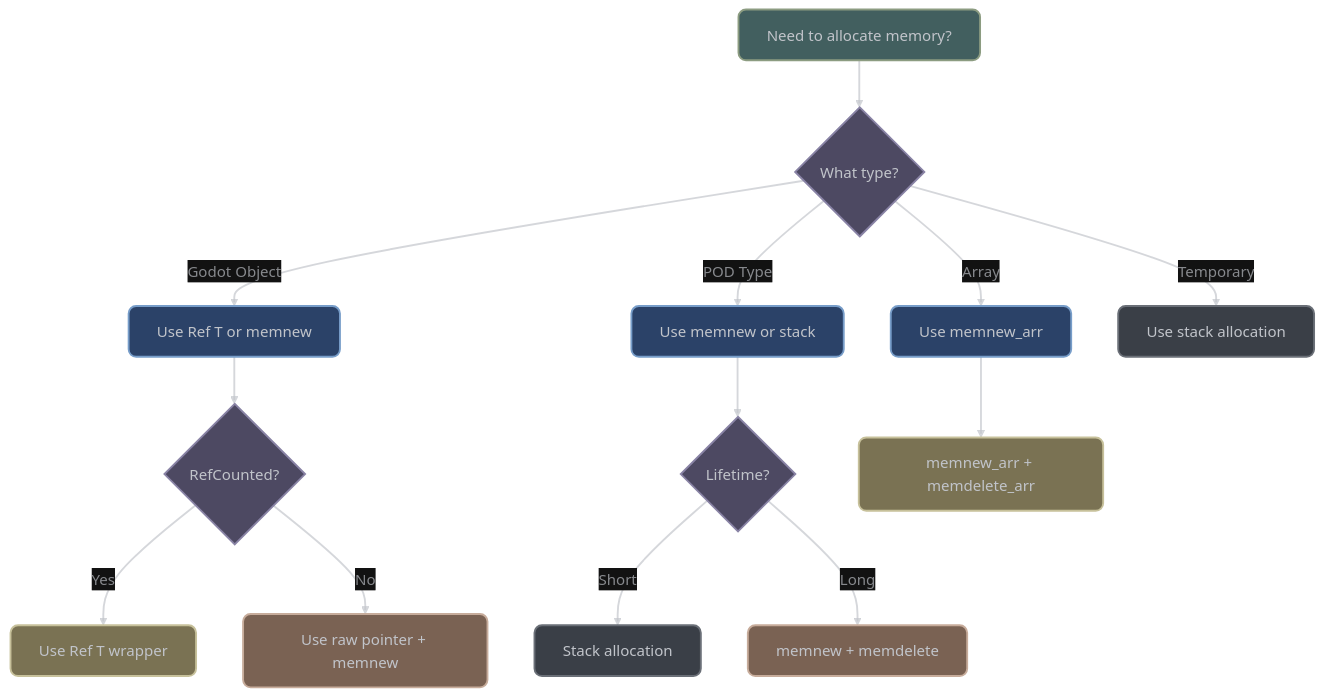
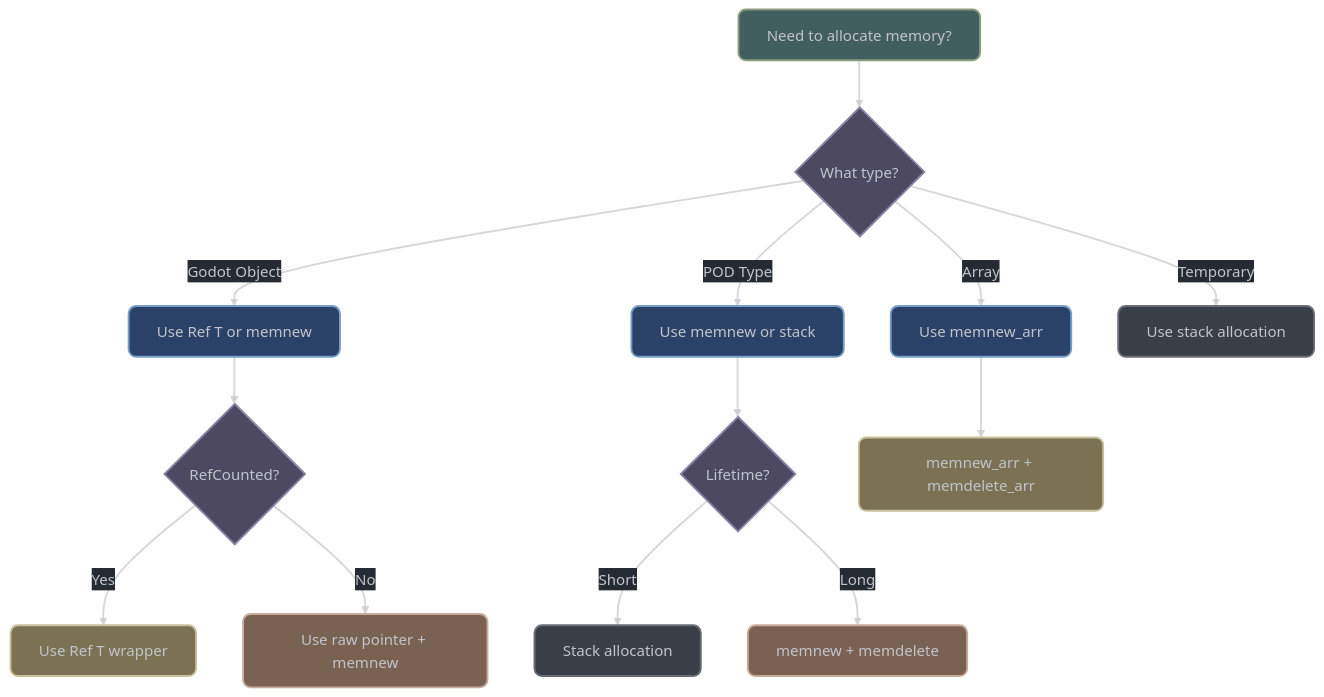
One commit to vorlac/gdextension-docs changed the diagram in docs/architecture/memory-model.md. Above: the diagram before and after it, drawn with Mermaid. The commit also changed 16 other files, not shown here.

````diff
--- a/docs/architecture/memory-model.md
+++ b/docs/architecture/memory-model.md
@@ -16,55 +16,72 @@
 ```mermaid
 ---
 config:
     theme: 'base'
     curve: 'straight'
     themeVariables:
         darkMode: true
         clusterBkg: '#22272f62'
         clusterBorder: '#6a6f77ff'
         clusterTextColor: '#6a6f77ff'
         lineColor: '#C1C4CAAA'
         background: '#262B33'
         primaryColor: '#2b4268ff'
         primaryTextColor: '#C1C4CAff'
         primaryBorderColor: '#6a6f77ff'
+        primaryLabelBkg: '#262B33'
+        secondaryColor: '#425f5fff'
+        secondaryBorderColor: '#8c9c81ff'
+        secondaryTextColor: '#C1C4CAff'
+        tertiaryColor: '#4d4962ff'
+        tertiaryBorderColor: '#8983a5ff'
+        tertiaryTextColor: '#eeeeee55'
         nodeTextColor: '#C1C4CA'
         defaultLinkColor: '#C1C4CA'
-        edgeLabelBackground: '#121212'
-        tertiaryTextColor: '#C1C4CA'
+        edgeLabelBackground: '#262B33'
+        edgeLabelBorderColor: '#C1C4CA'
+        labelTextColor: '#C1C4CA'
+        errorBkgColor: '#724848ff'
+        errorTextColor: '#C1C4CA'
         flowchart:
             curve: 'basis'
+            nodeSpacing: 50
+            rankSpacing: 50
+            subGraphTitleMargin:
+                top: 15
+                bottom: 15
+                left: 15
+                right: 15
 ---
 flowchart TD
     A[Need to allocate memory?] --> B{What type?}
     B --> |Godot Object| C[Use Ref T or memnew]
     B --> |POD Type| D[Use memnew or stack]
     B --> |Array| E[Use memnew_arr]
     B --> |Temporary| F[Use stack allocation]
 
     C --> G{RefCounted?}
     G --> |Yes| H[Use Ref T wrapper]
     G --> |No| I[Use raw pointer + memnew]
 
     D --> J{Lifetime?}
     J --> |Short| K[Stack allocation]
     J --> |Long| L[memnew + memdelete]
 
     E --> M[memnew_arr + memdelete_arr]
 
-    linkStyle default stroke:#C1C4CAaa,stroke-width:2px,color:#C1C4CAaa
+    linkStyle default stroke:#C1C4CAaa,stroke-width:2px,color:#C1C4CA
 
     style A fill:#425f5fff,stroke:#8c9c81ff,stroke-width:2px,color:#C1C4CA,rx:8,ry:8
     style B fill:#4d4962ff,stroke:#8983a5ff,stroke-width:2px,color:#C1C4CA,rx:8,ry:8
     style C fill:#2b4268ff,stroke:#779DC9ff,stroke-width:2px,color:#C1C4CA,rx:8,ry:8
     style D fill:#2b4268ff,stroke:#779DC9ff,stroke-width:2px,color:#C1C4CA,rx:8,ry:8
     style E fill:#2b4268ff,stroke:#779DC9ff,stroke-width:2px,color:#C1C4CA,rx:8,ry:8
     style F fill:#3a3f47ff,stroke:#6a6f77ff,stroke-width:2px,color:#C1C4CA,rx:8,ry:8
     style G fill:#4d4962ff,stroke:#8983a5ff,stroke-width:2px,color:#C1C4CA,rx:8,ry:8
     style H fill:#7a7253ff,stroke:#c7c19bff,stroke-width:2px,color:#C1C4CA,rx:8,ry:8
     style I fill:#7a6253ff,stroke:#c7ac9bff,stroke-width:2px,color:#C1C4CA,rx:8,ry:8
     style J fill:#4d4962ff,stroke:#8983a5ff,stroke-width:2px,color:#C1C4CA,rx:8,ry:8
     style K fill:#3a3f47ff,stroke:#6a6f77ff,stroke-width:2px,color:#C1C4CA,rx:8,ry:8
     style L fill:#7a6253ff,stroke:#c7ac9bff,stroke-width:2px,color:#C1C4CA,rx:8,ry:8
     style M fill:#7a7253ff,stroke:#c7c19bff,stroke-width:2px,color:#C1C4CA,rx:8,ry:8
 ```
````
